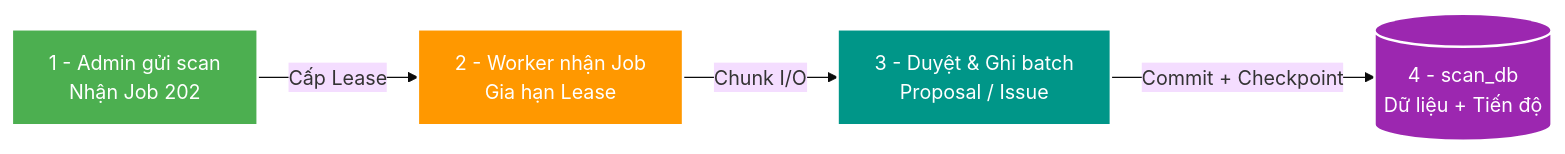
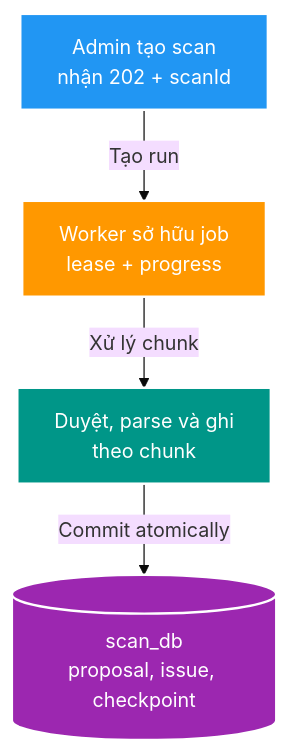
The first of 2 diagrams in manual/learning/use-cases/scale-capacity/sc-01-scan-one-million-filesystem-entry/01-deep-dive.md (HungPhan200591/file-mngt-be-v2), drawn with Mermaid (base theme) before and after one commit. The commit also changed other lines of this file and 1 other file, not shown here.

Commit message:
feat: enhance fixture generation script with progress logging and optimization for Java 25

````diff
--- a/manual/learning/use-cases/scale-capacity/sc-01-scan-one-million-filesystem-entry/01-deep-dive.md
+++ b/manual/learning/use-cases/scale-capacity/sc-01-scan-one-million-filesystem-entry/01-deep-dive.md
@@ -29,11 +19,16 @@
 ```mermaid
-flowchart LR
-    START["<font color='white'>1 - Admin gửi scan<br/>Nhận Job 202</font>"] -->|"Cấp Lease"| JOB["<font color='white'>2 - Worker nhận Job<br/>Gia hạn Lease</font>"]
-    JOB -->|"Chunk I/O"| WRITE["<font color='white'>3 - Duyệt & Ghi batch<br/>Proposal / Issue</font>"]
-    WRITE -->|"Commit + Checkpoint"| DB[("<font color='white'>4 - scan_db<br/>Dữ liệu + Tiến độ</font>")]
+flowchart TD
+    START["<font color='white'>Admin tạo scan<br/>nhận 202 + scanId</font>"]
+    JOB["<font color='white'>Worker sở hữu job<br/>lease + progress</font>"]
+    WRITE["<font color='white'>Duyệt, parse và ghi<br/>theo chunk</font>"]
+    DB[("<font color='white'>scan_db<br/>proposal, issue, checkpoint</font>")]
 
-    style START fill:#4CAF50,stroke:#fff,stroke-width:2px
+    START -->|"Tạo run"| JOB
+    JOB -->|"Xử lý chunk"| WRITE
+    WRITE -->|"Commit atomically"| DB
+
+    style START fill:#2196F3,stroke:#fff,stroke-width:2px
     style JOB fill:#FF9800,stroke:#fff,stroke-width:2px
     style WRITE fill:#009688,stroke:#fff,stroke-width:2px
     style DB fill:#9C27B0,stroke:#fff,stroke-width:2px
 ```
````
